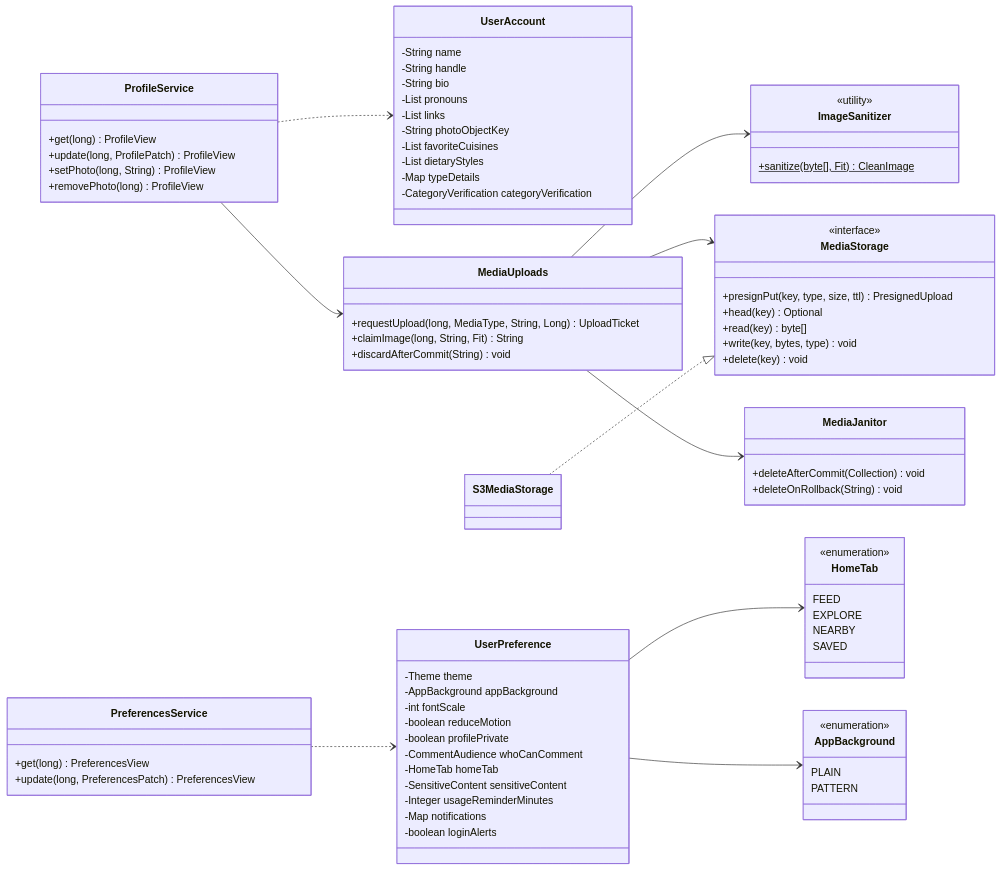
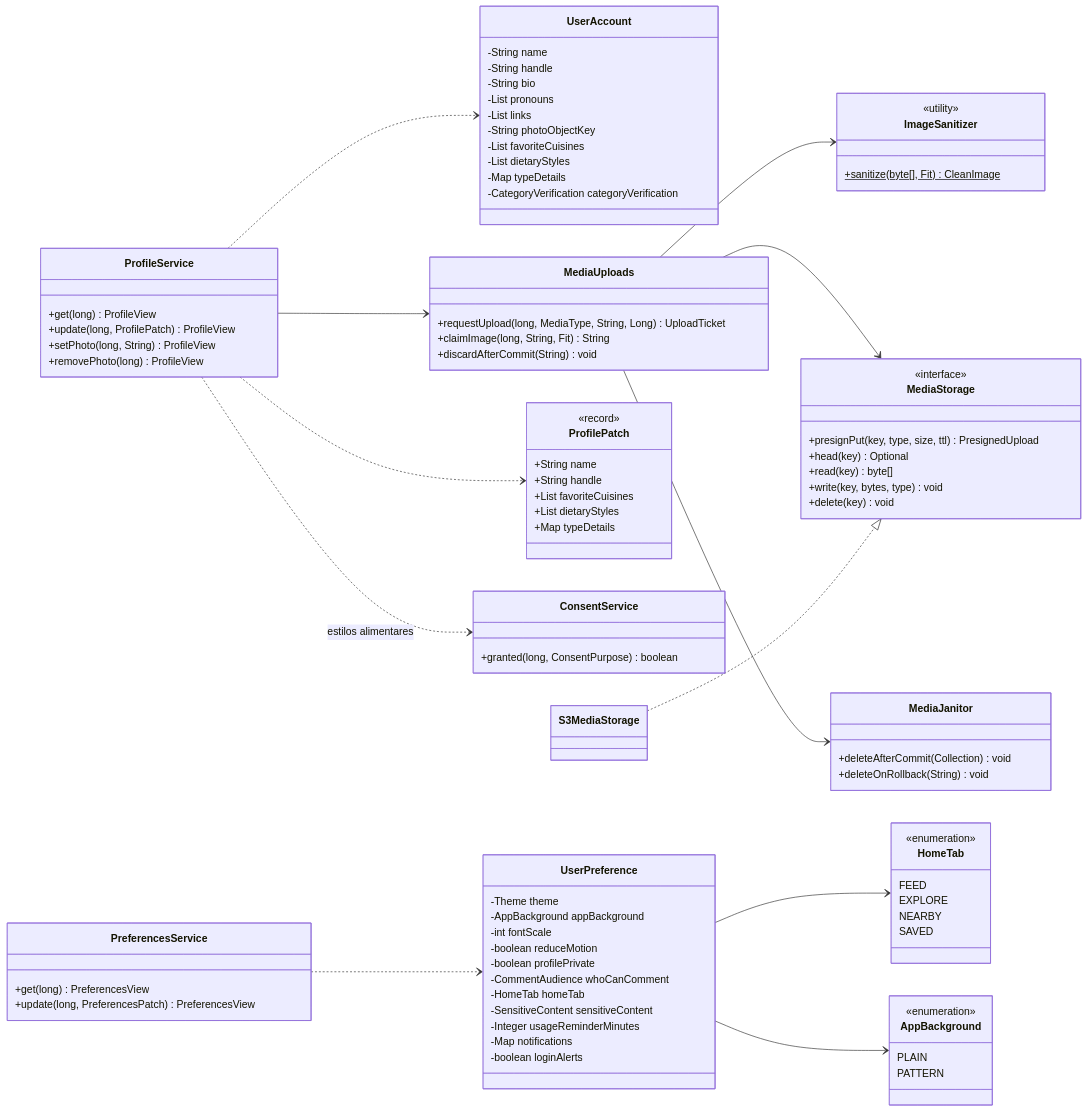
Before and after one commit to MatheusHaliski/Friendly-Eats: the diagram in docs/RF2/classes.md, drawn with Mermaid. The commit also changed 22 other files, not shown here.

```diff
--- a/docs/RF2/classes.md
+++ b/docs/RF2/classes.md
@@ -46,6 +46,17 @@
         +setPhoto(long, String) ProfileView
         +removePhoto(long) ProfileView
     }
+    class ProfilePatch {
+        <<record>>
+        +String name
+        +String handle
+        +List favoriteCuisines
+        +List dietaryStyles
+        +Map typeDetails
+    }
+    class ConsentService {
+        +granted(long, ConsentPurpose) boolean
+    }
     class PreferencesService {
         +get(long) PreferencesView
         +update(long, PreferencesPatch) PreferencesView
@@ -76,6 +87,8 @@
     UserPreference --> AppBackground
     ProfileService --> MediaUploads
     ProfileService ..> UserAccount
+    ProfileService ..> ProfilePatch
+    ProfileService ..> ConsentService : estilos alimentares
     PreferencesService ..> UserPreference
     MediaUploads --> ImageSanitizer
     MediaUploads --> MediaStorage
```
